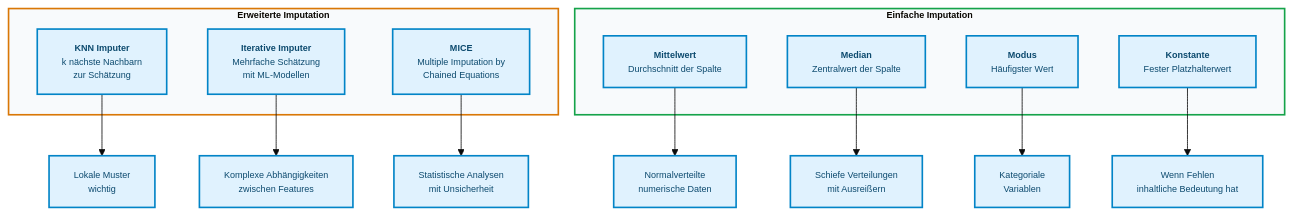
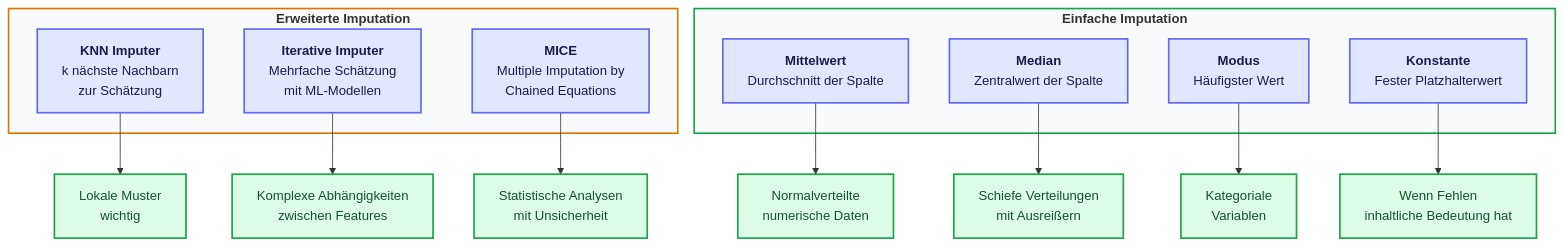
One commit to ralf-42/ML_Intro changed the third of 4 diagrams in docs/concepts/prepare/missing_values.md. Above: the diagram before and after it, drawn with Mermaid. The commit also changed other lines of this file and 49 other files, not shown here.

````diff
--- a/docs/concepts/prepare/missing_values.md
+++ b/docs/concepts/prepare/missing_values.md
@@ -96,32 +99,37 @@
 ```mermaid
-%%{init: {'theme': 'base', 'themeVariables': {'fontSize': '11px'}}}%%
 flowchart TB
 
     subgraph advanced["<b>Erweiterte Imputation"]
         knn["<b>KNN Imputer</b><br/>k nächste Nachbarn<br/>zur Schätzung"]
         iterative["<b>Iterative Imputer</b><br/>Mehrfache Schätzung<br/>mit ML-Modellen"]
         mice["<b>MICE</b><br/>Multiple Imputation by<br/>Chained Equations"]
     end
     
     subgraph simple["<b>Einfache Imputation"]
         mean["<b>Mittelwert</b><br/>Durchschnitt der Spalte"]
         median["<b>Median</b><br/>Zentralwert der Spalte"]
         mode["<b>Modus</b><br/>Häufigster Wert"]
         constant["<b>Konstante</b><br/>Fester Platzhalterwert"]
     end
     
 
     
     mean --> mean_use["Normalverteilte<br/>numerische Daten"]
     median --> median_use["Schiefe Verteilungen<br/>mit Ausreißern"]
     mode --> mode_use["Kategoriale<br/>Variablen"]
     constant --> constant_use["Wenn Fehlen<br/>inhaltliche Bedeutung hat"]
     
     knn --> knn_use["Lokale Muster<br/>wichtig"]
     iterative --> iterative_use["Komplexe Abhängigkeiten<br/>zwischen Features"]
     mice --> mice_use["Statistische Analysen<br/>mit Unsicherheit"]
 
-classDef default fill:#e0f2fe,stroke:#0284c7,stroke-width:2px,color:#0c4a6e;
 style simple fill:#f8fafc,stroke:#16a34a,stroke-width:2px
 style advanced fill:#f8fafc,stroke:#d97706,stroke-width:2px
+
+    classDef default fill:#e0f2fe,stroke:#0284c7,stroke-width:2px,color:#0c4a6e;
+    classDef input fill:#e0e7ff,stroke:#6366f1,stroke-width:2px,color:#1e1b4b;
+    classDef output fill:#dcfce7,stroke:#16a34a,stroke-width:2px,color:#14532d;
+
+    class knn,iterative,mice,mean,median,mode,constant input;
+    class mean_use,median_use,mode_use,constant_use,knn_use,iterative_use,mice_use output;
 ```
````
